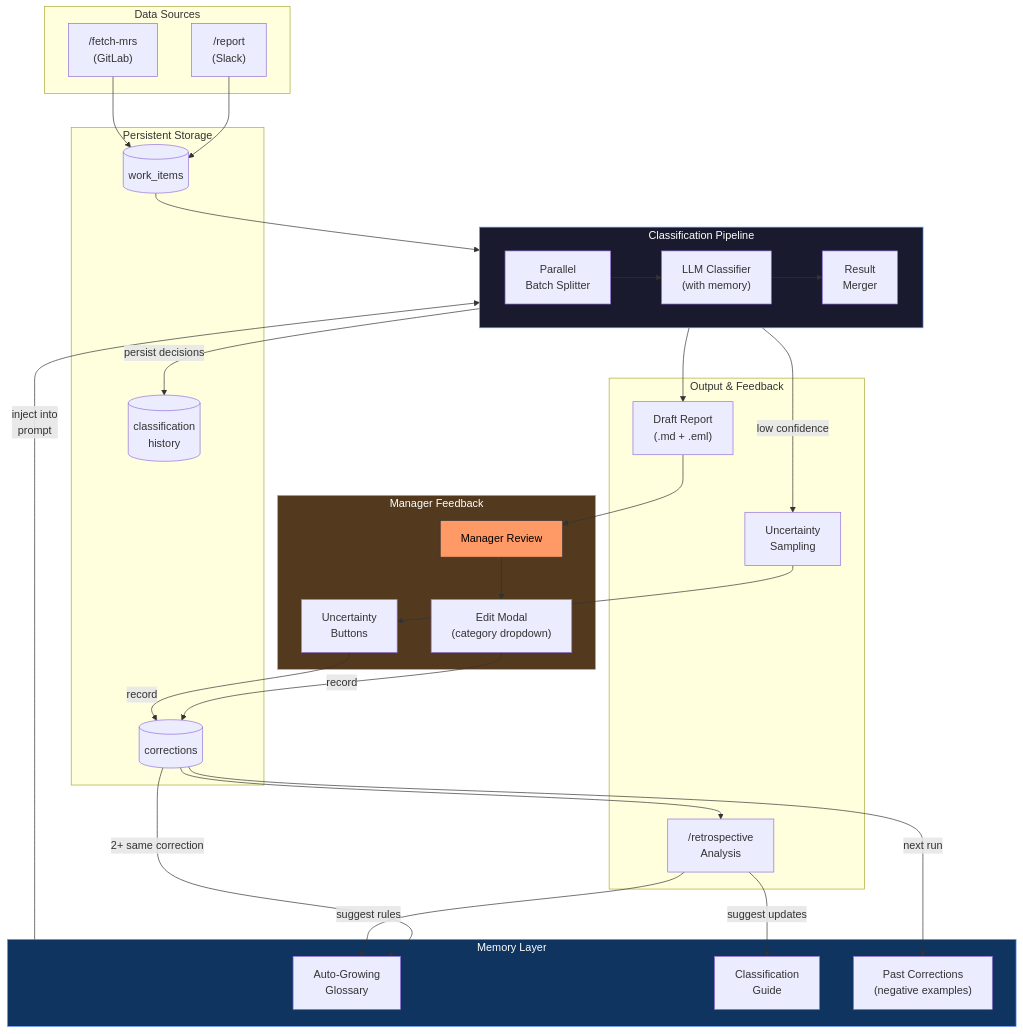
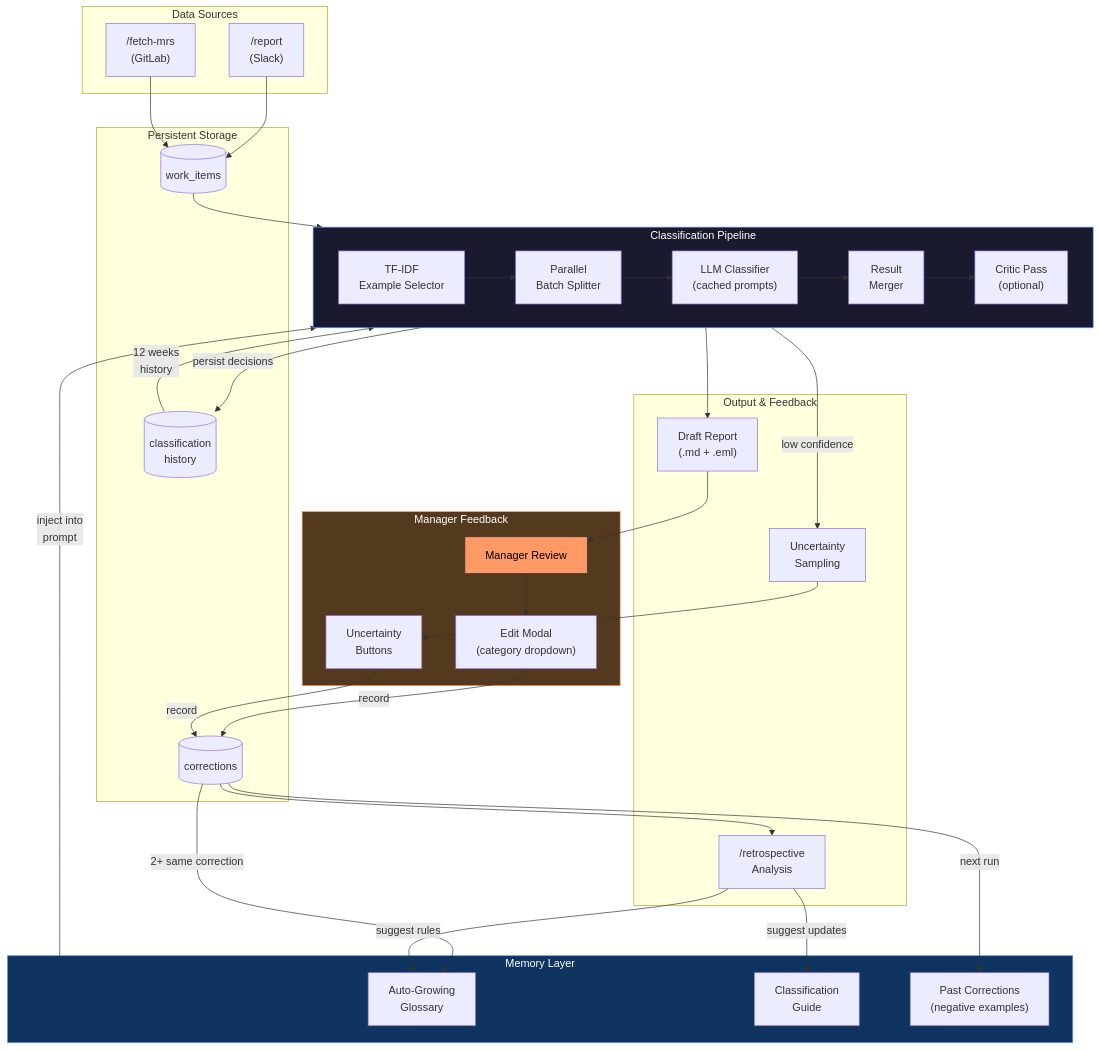
Before and after one commit to WZ/reportbot: the second of 5 diagrams in docs/agentic-architecture.md, drawn with Mermaid. The commit also changed other lines of this file and 5 other files, not shown here.

First line of the commit message:
docs: update diagrams and docs for prompt caching, TF-IDF, critic loop, /report-stats

````diff
--- a/docs/agentic-architecture.md
+++ b/docs/agentic-architecture.md
@@ -22,66 +22,69 @@
 ```mermaid
 flowchart TB
     subgraph Input["Data Sources"]
         S1["/report\n(Slack)"]
         S2["/fetch-mrs\n(GitLab)"]
     end
 
     subgraph DB["Persistent Storage"]
         WI[(work_items)]
         CH[(classification\nhistory)]
         CR[(corrections)]
     end
 
     subgraph Pipeline["Classification Pipeline"]
         direction LR
+        TFIDF["TF-IDF\nExample Selector"]
         BATCH["Parallel\nBatch Splitter"]
-        GEN["LLM Classifier\n(with memory)"]
+        GEN["LLM Classifier\n(cached prompts)"]
         MERGE["Result\nMerger"]
-        BATCH --> GEN --> MERGE
+        CRITIC["Critic Pass\n(optional)"]
+        TFIDF --> BATCH --> GEN --> MERGE --> CRITIC
     end
 
     subgraph Memory["Memory Layer"]
         GL["Auto-Growing\nGlossary"]
         CG["Classification\nGuide"]
         CORR["Past Corrections\n(negative examples)"]
     end
 
     subgraph Output["Output & Feedback"]
         RPT["Draft Report\n(.md + .eml)"]
         UNC["Uncertainty\nSampling"]
         RETRO["/retrospective\nAnalysis"]
     end
 
     subgraph Feedback["Manager Feedback"]
         MGR["Manager Review"]
         EDIT["Edit Modal\n(category dropdown)"]
         BTN["Uncertainty\nButtons"]
     end
 
     S1 --> WI
     S2 --> WI
-    WI --> BATCH
+    WI --> TFIDF
+    CH -->|"12 weeks\nhistory"| TFIDF
 
     Memory -->|"inject into\nprompt"| GEN
-    MERGE --> RPT
-    MERGE -->|"persist decisions"| CH
-    MERGE -->|"low confidence"| UNC
+    CRITIC --> RPT
+    CRITIC -->|"persist decisions"| CH
+    CRITIC -->|"low confidence"| UNC
 
     RPT --> MGR
     MGR --> EDIT
     UNC --> BTN
 
     EDIT -->|"record"| CR
     BTN -->|"record"| CR
 
     CR -->|"next run"| CORR
     CR -->|"2+ same correction"| GL
     CR --> RETRO
     RETRO -->|"suggest rules"| GL
     RETRO -->|"suggest updates"| CG
 
     style Pipeline fill:#1a1a2e,stroke:#69f,color:#fff
     style Memory fill:#0f3460,stroke:#69f,color:#fff
     style Feedback fill:#533a1e,stroke:#f96,color:#fff
     style MGR fill:#f96,stroke:#333,color:#000
 ```
````
